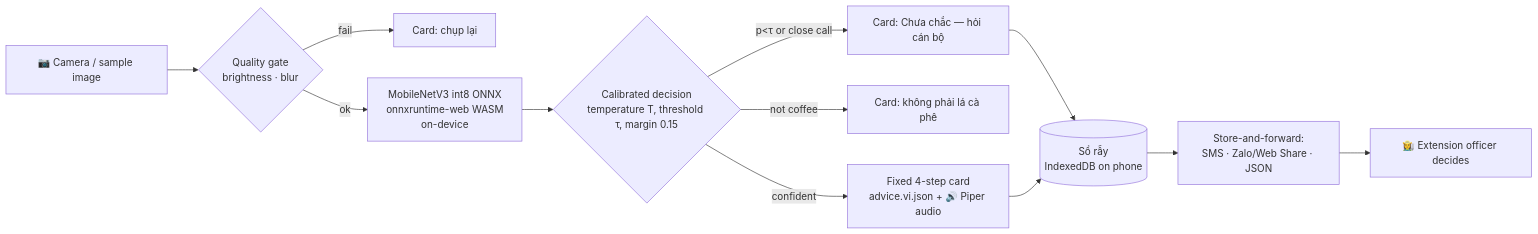
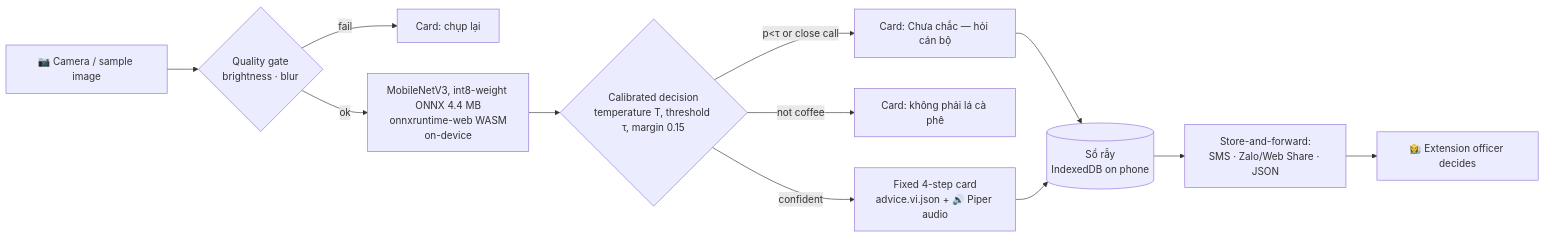
Before and after one commit to vansyson1308/ami--ama: the diagram in README.md, drawn with Mermaid. The commit also changed other lines of this file and 1 other file, not shown here.

````diff
--- a/README.md
+++ b/README.md
@@ -39,14 +39,14 @@
 ```mermaid
 flowchart LR
   A[📷 Camera / sample image] --> B{Quality gate<br/>brightness · blur}
   B -- fail --> R[Card: chụp lại]
-  B -- ok --> C[MobileNetV3 int8 ONNX<br/>onnxruntime-web WASM<br/>on-device]
+  B -- ok --> C[MobileNetV3, int8-weight ONNX 4.4 MB<br/>onnxruntime-web WASM<br/>on-device]
   C --> D{Calibrated decision<br/>temperature T, threshold τ, margin 0.15}
   D -- p&lt;τ or close call --> U[Card: Chưa chắc — hỏi cán bộ]
   D -- not coffee --> N[Card: không phải lá cà phê]
   D -- confident --> K[Fixed 4-step card<br/>advice.vi.json + 🔊 Piper audio]
   U --> L[(Sổ rẫy<br/>IndexedDB on phone)]
   K --> L
   L --> S[Store-and-forward:<br/>SMS · Zalo/Web Share · JSON]
   S --> O[👩‍🌾 Extension officer decides]
 ```
````
